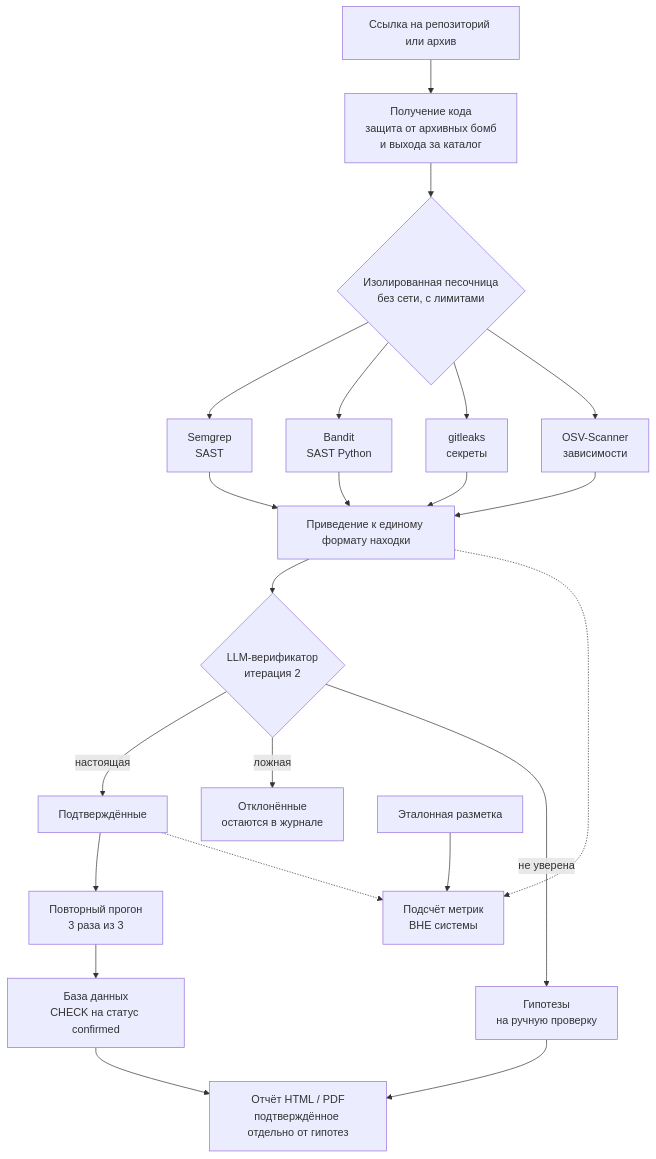
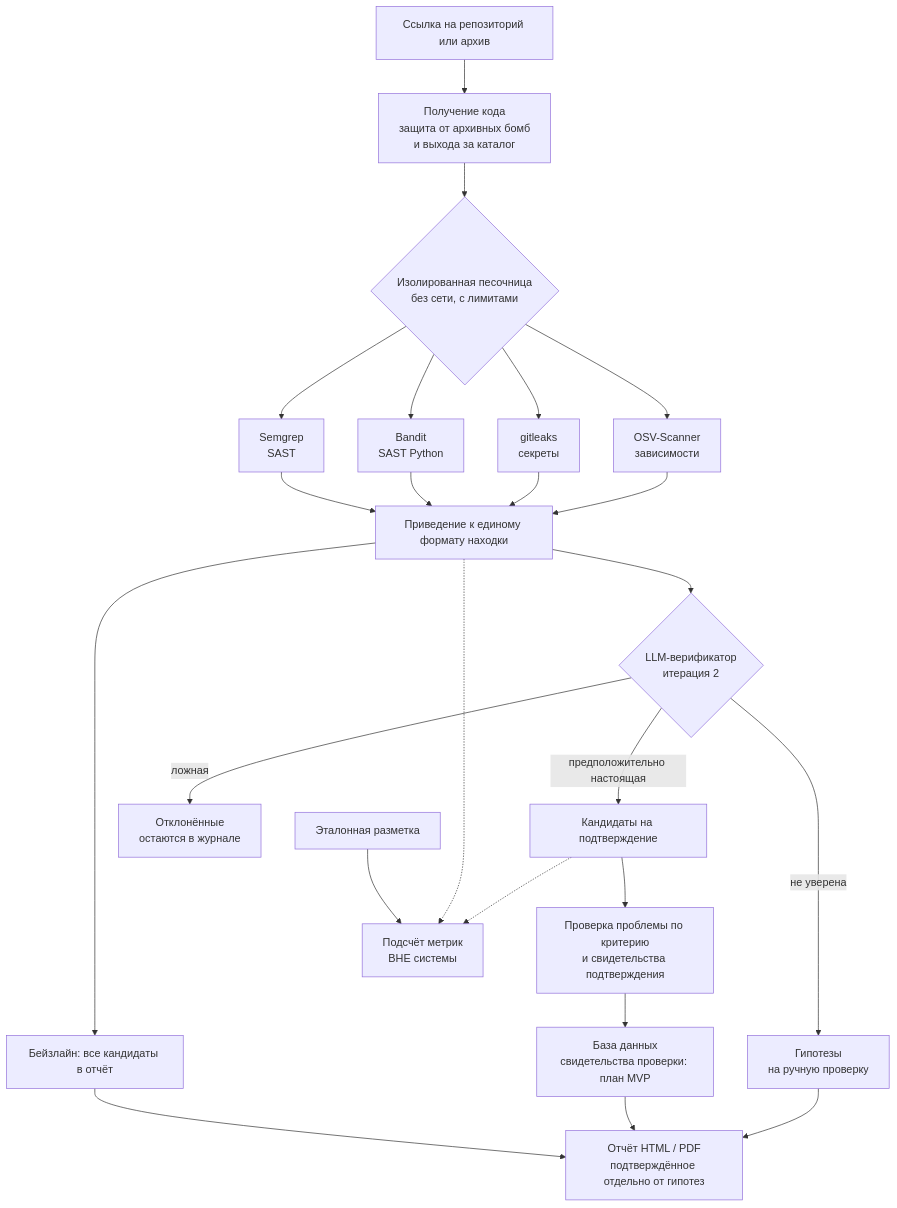
One commit to Artur210902/ML_Design changed the first of 3 diagrams in docs/ml_system_design_doc.md. Above: the diagram before and after it, drawn with Mermaid. The commit also changed other lines of this file, not shown here.

````diff
--- a/docs/ml_system_design_doc.md
+++ b/docs/ml_system_design_doc.md
@@ -265,29 +316,31 @@
 ```mermaid
 flowchart TD
     A[Ссылка на репозиторий или архив] --> B[Получение кода<br/>защита от архивных бомб<br/>и выхода за каталог]
     B --> C{Изолированная песочница<br/>без сети, с лимитами}
 
     C --> D1[Semgrep<br/>SAST]
     C --> D2[Bandit<br/>SAST Python]
     C --> D3[gitleaks<br/>секреты]
     C --> D4[OSV-Scanner<br/>зависимости]
 
     D1 --> E[Приведение к единому формату находки]
     D2 --> E
     D3 --> E
     D4 --> E
 
+    E --> BASE[Бейзлайн: все кандидаты в отчёт]
+    BASE --> L
     E --> F{LLM-верификатор<br/>итерация 2}
-    F -->|настоящая| G[Подтверждённые]
+    F -->|предположительно настоящая| G[Кандидаты на подтверждение]
     F -->|ложная| H[Отклонённые<br/>остаются в журнале]
     F -->|не уверена| I[Гипотезы<br/>на ручную проверку]
 
-    G --> J[Повторный прогон<br/>3 раза из 3]
-    J --> K[База данных<br/>CHECK на статус confirmed]
+    G --> J[Проверка проблемы по критерию<br/>и свидетельства подтверждения]
+    J --> K[База данных<br/>свидетельства проверки: план MVP]
     K --> L[Отчёт HTML / PDF<br/>подтверждённое отдельно от гипотез]
     I --> L
 
     M[Эталонная разметка] --> N[Подсчёт метрик<br/>ВНЕ системы]
     E -.-> N
     G -.-> N
 ```
````
